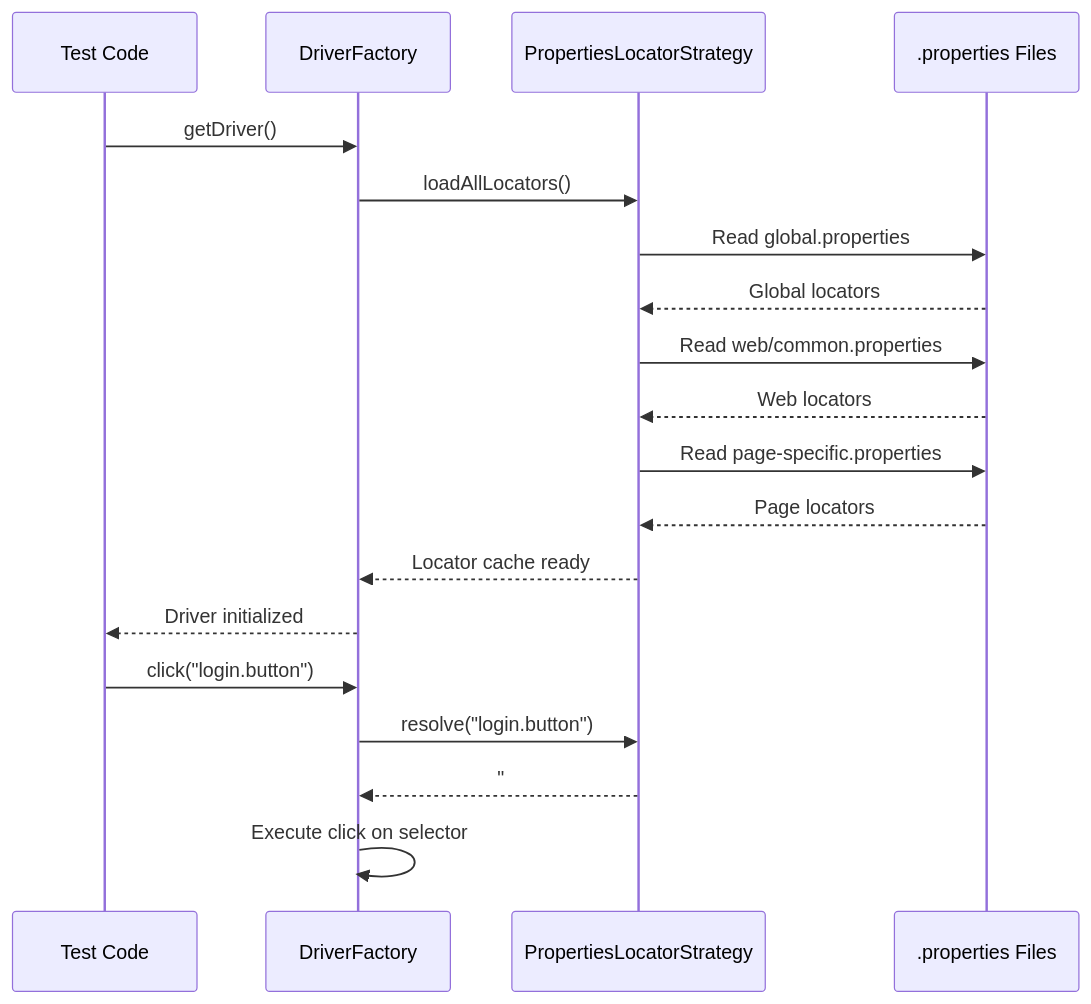
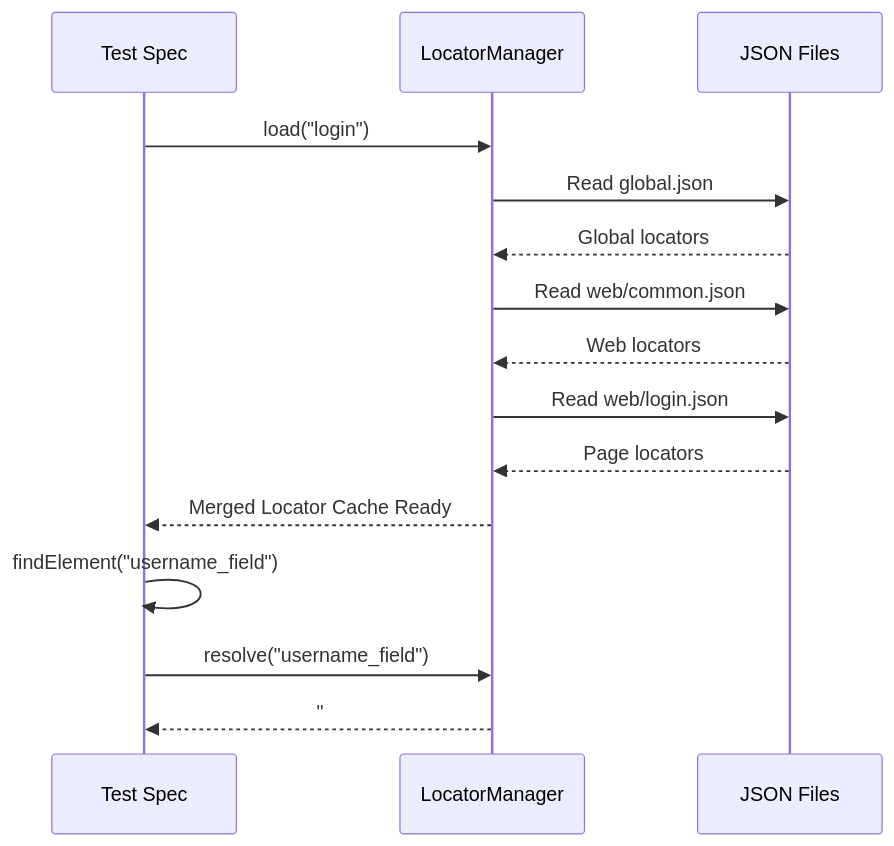
Before and after one commit to vinipx/taflex: the third of 4 diagrams in documentation/docs/architecture/overview.md, drawn with Mermaid. The commit also changed other lines of this file and 69 other files, not shown here.

````diff
--- a/documentation/docs/architecture/overview.md
+++ b/documentation/docs/architecture/overview.md
@@ -141,23 +136,19 @@
 ```mermaid
 sequenceDiagram
-    participant Test as Test Code
-    participant DF as DriverFactory
-    participant PS as PropertiesLocatorStrategy
-    participant File as .properties Files
+    participant Test as Test Spec
+    participant LM as LocatorManager
+    participant File as JSON Files
 
-    Test->>DF: getDriver()
-    DF->>PS: loadAllLocators()
-    PS->>File: Read global.properties
-    File-->>PS: Global locators
-    PS->>File: Read web/common.properties
-    File-->>PS: Web locators
-    PS->>File: Read page-specific.properties
-    File-->>PS: Page locators
-    PS-->>DF: Locator cache ready
-    DF-->>Test: Driver initialized
+    Test->>LM: load("login")
+    LM->>File: Read global.json
+    File-->>LM: Global locators
+    LM->>File: Read web/common.json
+    File-->>LM: Web locators
+    LM->>File: Read web/login.json
+    File-->>LM: Page locators
+    LM-->>Test: Merged Locator Cache Ready
 
-    Test->>DF: click("login.button")
-    DF->>PS: resolve("login.button")
-    PS-->>DF: "#submit-btn"
-    DF->>DF: Execute click on selector
+    Test->>Test: findElement("username_field")
+    Test->>LM: resolve("username_field")
+    LM-->>Test: "#login-user"
 ```
````
